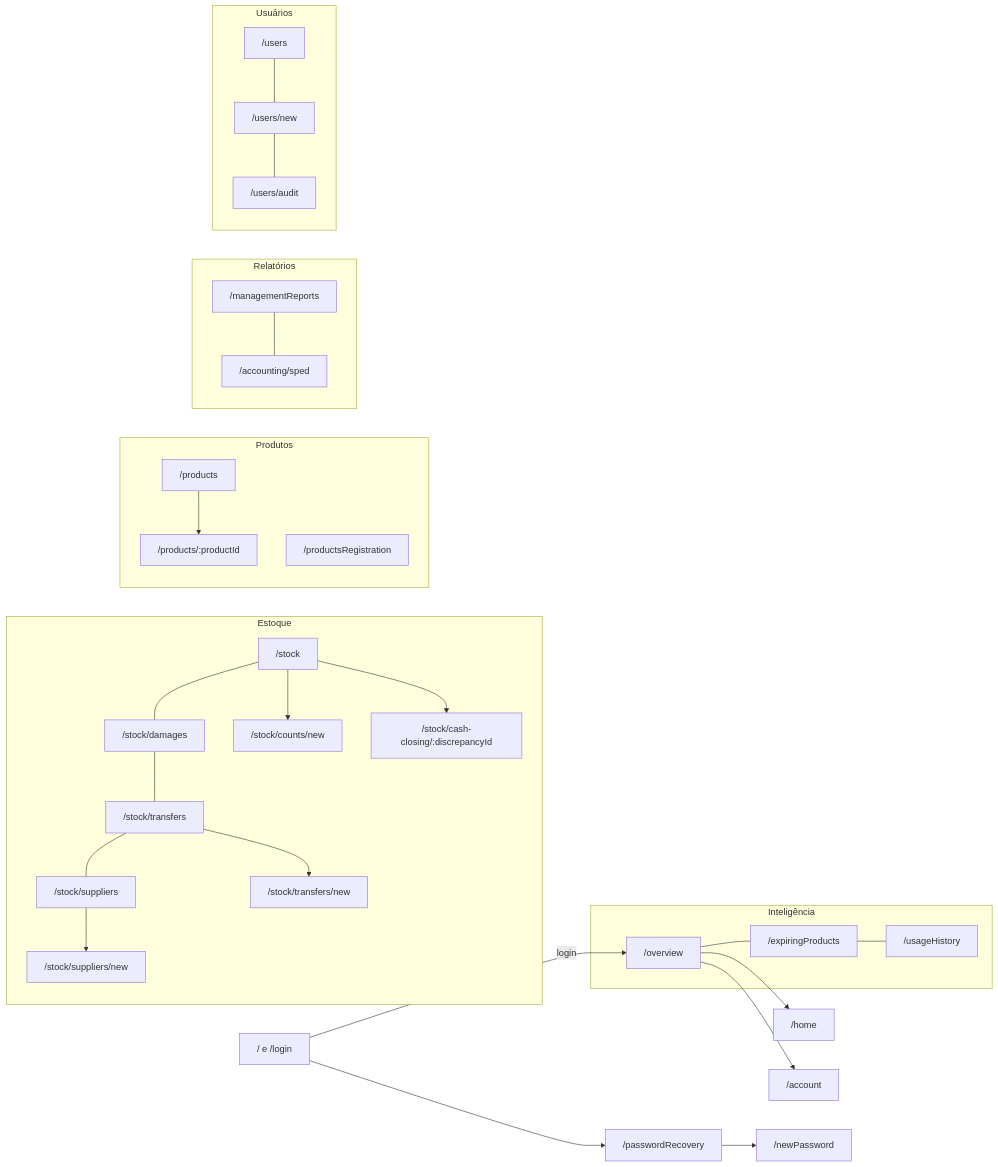
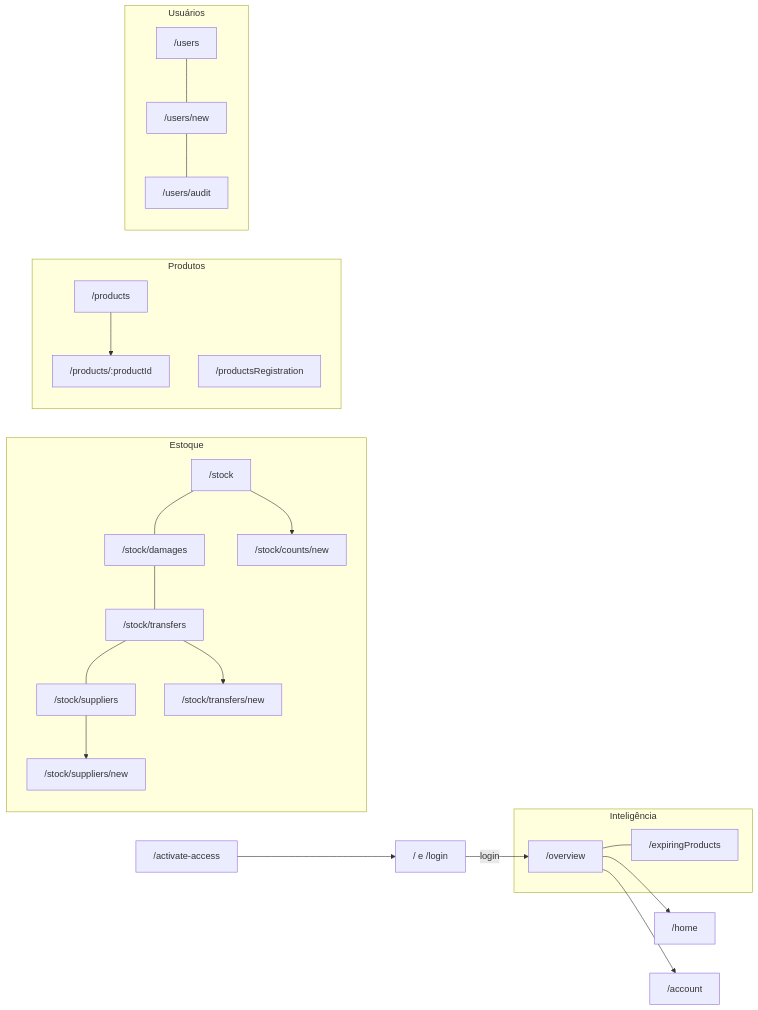
Before and after one commit to Mottainai-One/Mottainai-Frontend: the second of 4 diagrams in README.md, drawn with Mermaid. The commit also changed other lines of this file and 287 other files, not shown here.

````diff
--- a/README.md
+++ b/README.md
@@ -179,28 +173,24 @@
 ```mermaid
 flowchart LR
     L["/ e /login"] -->|login| O["/overview"]
-    L --> PRC["/passwordRecovery"] --> NP["/newPassword"]
+    ACT["/activate-access"] --> L
 
     subgraph INT["Inteligência"]
-        O --- EX["/expiringProducts"] --- UH["/usageHistory"]
+        O --- EX["/expiringProducts"]
     end
     subgraph EST["Estoque"]
         S["/stock"] --- SD["/stock/damages"] --- ST["/stock/transfers"] --- SS["/stock/suppliers"]
         S --> SC["/stock/counts/new"]
-        S --> CC["/stock/cash-closing/:discrepancyId"]
         ST --> STN["/stock/transfers/new"]
         SS --> SSN["/stock/suppliers/new"]
     end
     subgraph PROD["Produtos"]
         P["/products"] --> PD["/products/:productId"]
         PRG["/productsRegistration"]
     end
-    subgraph CONT["Relatórios"]
-        MR["/managementReports"] --- SP["/accounting/sped"]
-    end
     subgraph USR["Usuários"]
         U["/users"] --- UN["/users/new"] --- UA["/users/audit"]
     end
     O --> HOME["/home"]
     O --> ACC["/account"]
 ```
````
